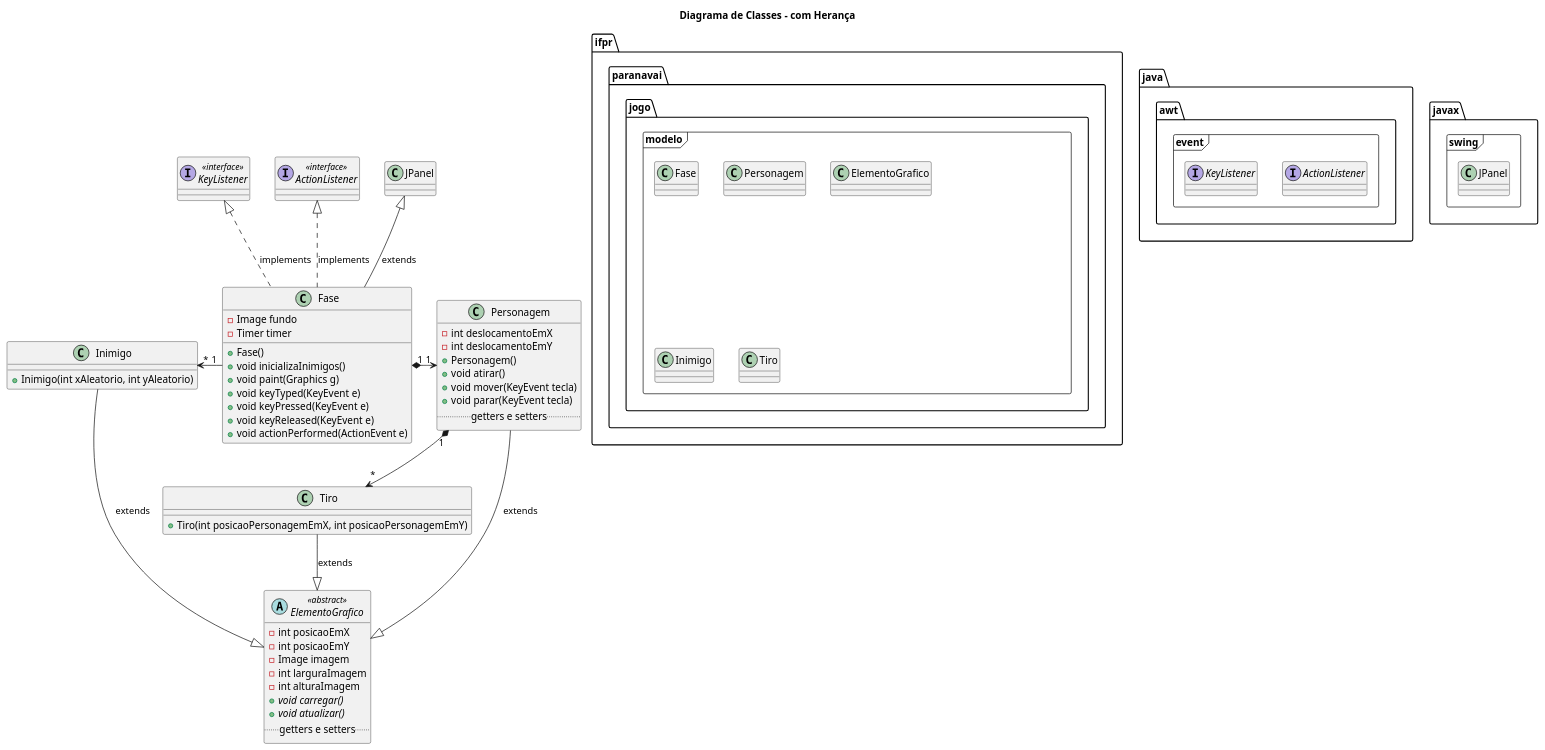
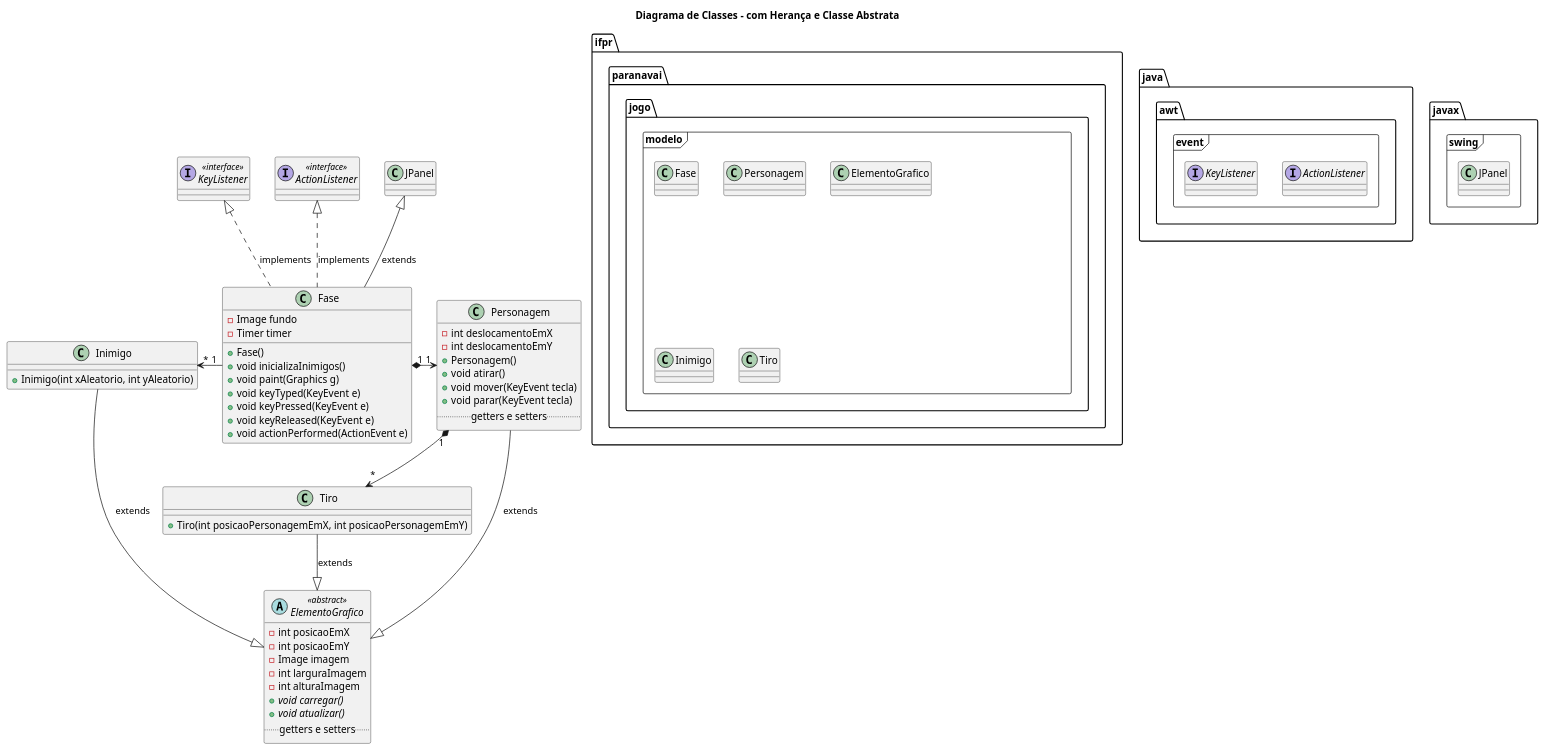
One commit to terenciani/jogo-2d-ifpr-2023 changed the diagram in uml/diagrama-classe.puml. Above: the diagram before and after it, drawn with PlantUML.

Commit message:
Capítulo 16 - Classe Abstrata

```diff
--- a/uml/diagrama-classe.puml
+++ b/uml/diagrama-classe.puml
@@ -1,84 +1,84 @@
 @startuml
 
-title Diagrama de Classes - com Herança
+title Diagrama de Classes - com Herança e Classe Abstrata
 
 package ifpr.paranavai.jogo.modelo <<Frame>> {
     class Fase
     class Personagem
     class Inimigo
     class Tiro
     class ElementoGrafico
     note right of ElementoGrafico::carregar
         Itálico indica que
         o método é abstrato
     end note
 }
 
 package java.awt.event <<Frame>> {
     interface ActionListener
     interface KeyListener
 }
 
 
 package javax.swing <<Frame>> {
   class JPanel
 }
 
 abstract class ElementoGrafico <<abstract>> {
     -int posicaoEmX
     -int posicaoEmY
     -Image imagem
     -int larguraImagem
     -int alturaImagem    
     +{abstract} void carregar()
     +{abstract} void atualizar()
     .. getters e setters ..
 }
 
 class Fase {
     -Image fundo
     -Timer timer
     +Fase()
     +void inicializaInimigos()
     +void paint(Graphics g)
     +void keyTyped(KeyEvent e)
     +void keyPressed(KeyEvent e)
     +void keyReleased(KeyEvent e)
     +void actionPerformed(ActionEvent e)
 }
 
 class Personagem{
     -int deslocamentoEmX
     -int deslocamentoEmY
     +Personagem()
     +void atirar()
     +void mover(KeyEvent tecla)
     +void parar(KeyEvent tecla)
     .. getters e setters ..
 }
 
 class Inimigo{
     +Inimigo(int xAleatorio, int yAleatorio)
 }
 class Tiro{
     +Tiro(int posicaoPersonagemEmX, int posicaoPersonagemEmY)
 }
 
 class JPanel
 interface ActionListener <<interface>>
 interface KeyListener <<interface>>
 
 Fase -up-|> JPanel: extends
 Fase -up.|> ActionListener: implements
 Fase -up.|> KeyListener: implements
 
 Fase "1" *-right-> "1" Personagem
 Inimigo "*" <-right- "1" Fase
 
 Personagem "1" *--> "*" Tiro
 Personagem --|> ElementoGrafico: extends
 
 Tiro --|> ElementoGrafico: extends
 
 Inimigo --|> ElementoGrafico: extends
 @enduml
```
